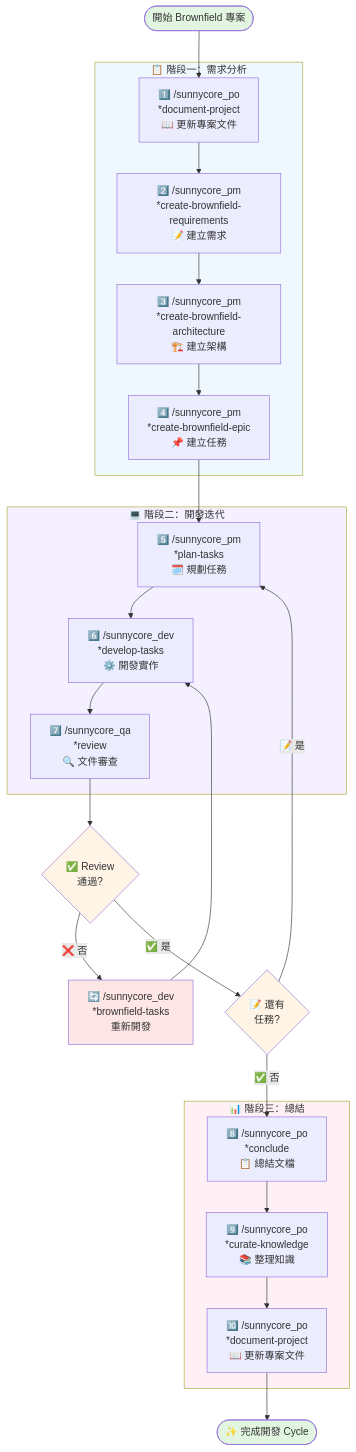
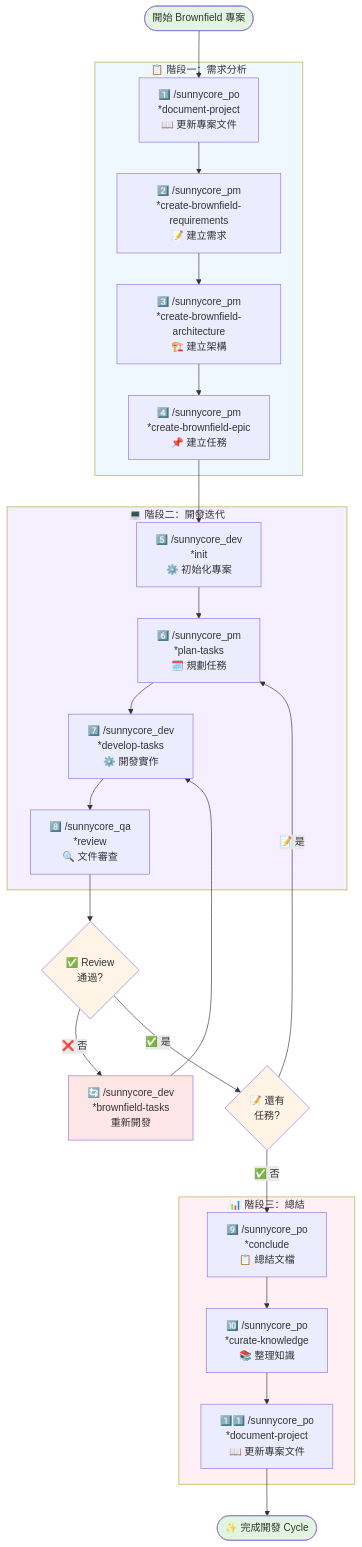
One commit to Yamiyorunoshura/sunnycore changed the second of 2 diagrams in claude code/README.md. Above: the diagram before and after it, drawn with Mermaid. The commit also changed other lines of this file and 6 other files, not shown here.

First line of the commit message:
feat(dev): add init task for project initialization

````diff
--- a/claude code/README.md
+++ b/claude code/README.md
@@ -169,50 +172,51 @@
 ```mermaid
 flowchart TD
     Start([開始 Brownfield 專案]) --> A0
     
     subgraph Phase1 ["📋 階段一：需求分析"]
         A0["1️⃣ /sunnycore_po<br/>*document-project<br/>📖 更新專案文件"]
         A1["2️⃣ /sunnycore_pm<br/>*create-brownfield-requirements<br/>📝 建立需求"]
         A2["3️⃣ /sunnycore_pm<br/>*create-brownfield-architecture<br/>🏗️ 建立架構"]
         A3["4️⃣ /sunnycore_pm<br/>*create-brownfield-epic<br/>📌 建立任務"]
         A0 --> A1 --> A2 --> A3
     end
     
     subgraph Phase2 ["💻 階段二：開發迭代"]
-        B1["5️⃣ /sunnycore_pm<br/>*plan-tasks<br/>🗓️ 規劃任務"]
-        B2["6️⃣ /sunnycore_dev<br/>*develop-tasks<br/>⚙️ 開發實作"]
-        B3["7️⃣ /sunnycore_qa<br/>*review<br/>🔍 文件審查"]
-        B1 --> B2 --> B3
+        B0["5️⃣ /sunnycore_dev<br/>*init<br/>⚙️ 初始化專案"]
+        B1["6️⃣ /sunnycore_pm<br/>*plan-tasks<br/>🗓️ 規劃任務"]
+        B2["7️⃣ /sunnycore_dev<br/>*develop-tasks<br/>⚙️ 開發實作"]
+        B3["8️⃣ /sunnycore_qa<br/>*review<br/>🔍 文件審查"]
+        B0 --> B1 --> B2 --> B3
     end
     
     D1{"✅ Review<br/>通過?"}
     D2{"📝 還有<br/>任務?"}
     R1["🔄 /sunnycore_dev<br/>*brownfield-tasks<br/>重新開發"]
     
     subgraph Phase3 ["📊 階段三：總結"]
-        C1["8️⃣ /sunnycore_po<br/>*conclude<br/>📋 總結文檔"]
-        C2["9️⃣ /sunnycore_po<br/>*curate-knowledge<br/>📚 整理知識"]
-        C3["🔟 /sunnycore_po<br/>*document-project<br/>📖 更新專案文件"]
+        C1["9️⃣ /sunnycore_po<br/>*conclude<br/>📋 總結文檔"]
+        C2["🔟 /sunnycore_po<br/>*curate-knowledge<br/>📚 整理知識"]
+        C3["1️⃣1️⃣ /sunnycore_po<br/>*document-project<br/>📖 更新專案文件"]
         C1 --> C2 --> C3
     end
     
     Done([✨ 完成開發 Cycle])
     
-    A3 --> B1
+    A3 --> B0
     B3 --> D1
     D1 -->|"❌ 否"| R1
     R1 --> B2
     D1 -->|"✅ 是"| D2
     D2 -->|"📝 是"| B1
     D2 -->|"✅ 否"| C1
     C3 --> Done
     
     style Start fill:#e1f5e1
     style Done fill:#e1f5e1
     style D1 fill:#fff4e6
     style D2 fill:#fff4e6
     style R1 fill:#ffe6e6
     style Phase1 fill:#f0f8ff
     style Phase2 fill:#f5f0ff
     style Phase3 fill:#fff0f5
 ```
````
